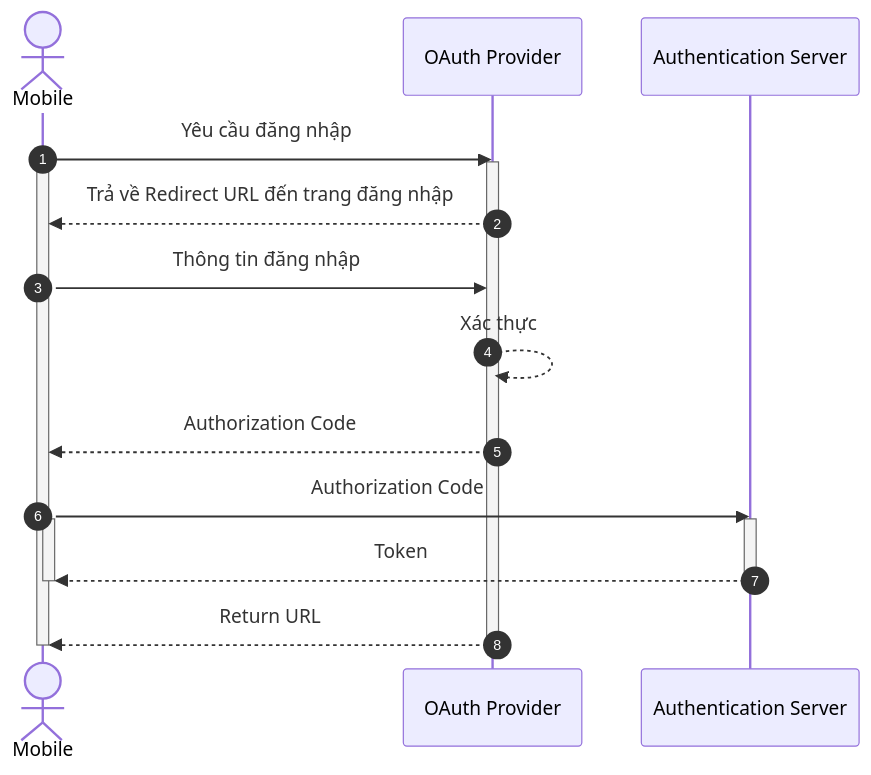
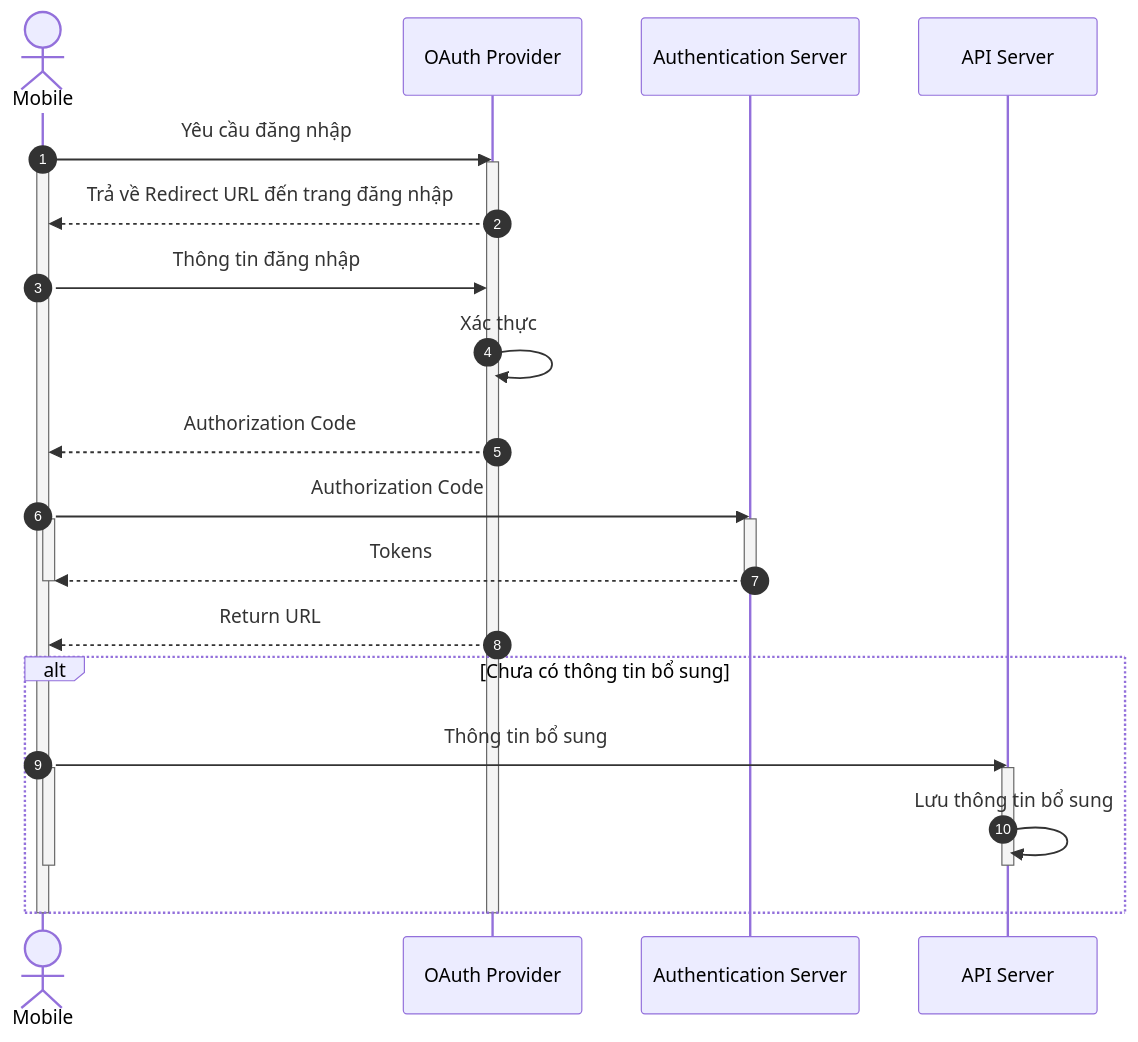
The third of 3 diagrams in docs/diagrams/sequence/user-auth.md (coinhub-uit/coinhub-uit.github.io), drawn with Mermaid before and after one commit. The commit also changed other lines of this file, not shown here.

First line of the commit message:
fix(auth/user): maybe it's clearer

````diff
--- a/docs/diagrams/sequence/user-auth.md
+++ b/docs/diagrams/sequence/user-auth.md
@@ -63,25 +58,33 @@
 ```mermaid
 sequenceDiagram
   autonumber
   actor mobile as Mobile
   participant OAuthProvider as OAuth Provider
   participant authServer as Authentication Server
+  participant apiServer as API Server
 
   mobile->>OAuthProvider: Yêu cầu đăng nhập
   activate mobile
   activate OAuthProvider
   OAuthProvider-->>mobile: Trả về Redirect URL đến trang đăng nhập
   mobile->>OAuthProvider: Thông tin đăng nhập
-  OAuthProvider-->>OAuthProvider: Xác thực
+  OAuthProvider->>OAuthProvider: Xác thực
   OAuthProvider-->>mobile: Authorization Code
   mobile->>authServer: Authorization Code
   activate mobile
   activate authServer
-  authServer-->>mobile: Token
+  authServer-->>mobile: Tokens
   deactivate mobile
   deactivate authServer
   OAuthProvider-->>mobile: Return URL
+  alt Chưa có thông tin bổ sung
+    mobile->>apiServer: Thông tin bổ sung
+    activate mobile
+    activate apiServer
+    apiServer->>apiServer: Lưu thông tin bổ sung
+    deactivate mobile
+    deactivate apiServer
+  end
   deactivate mobile
   deactivate OAuthProvider
-
 ```
````
